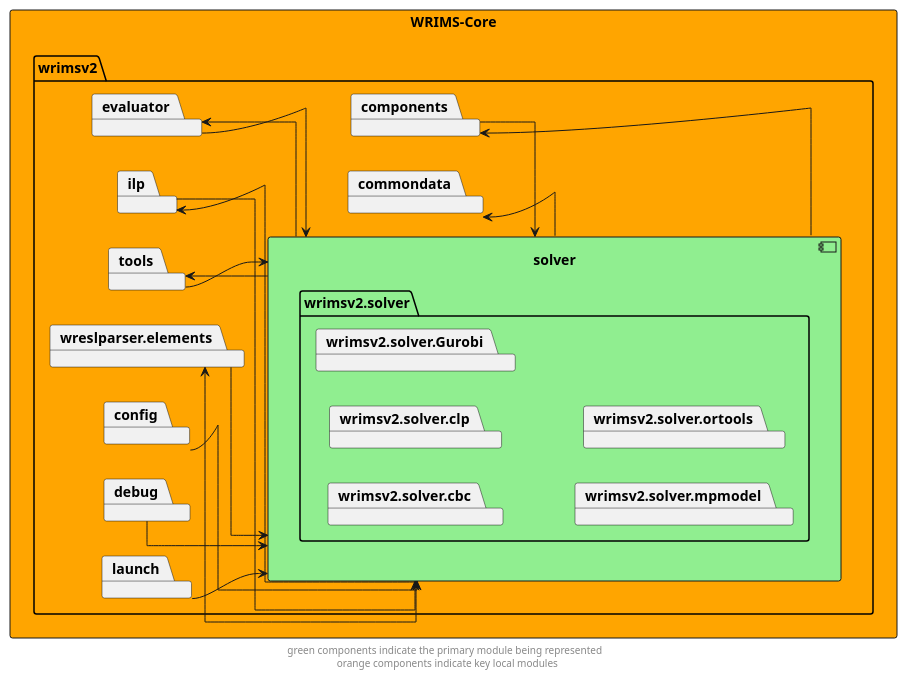
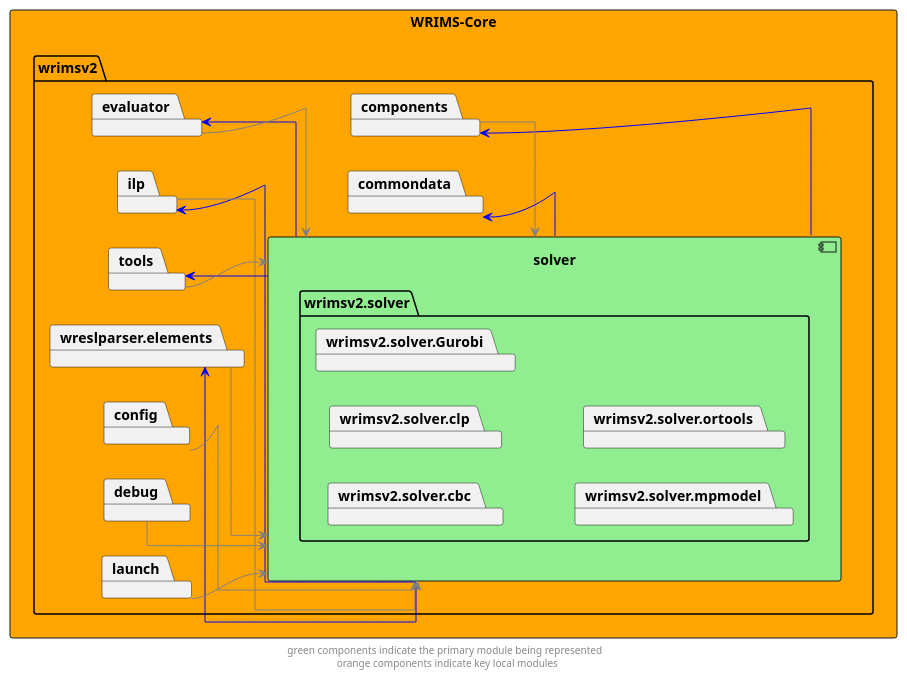
One commit to CentralValleyModeling/wrims changed the diagram in docs/diagrams/wrims-core/wrims-core_solver.puml. Above: the diagram before and after it, drawn with PlantUML. The commit also changed 28 other files, not shown here.

```diff
--- a/docs/diagrams/wrims-core/wrims-core_solver.puml
+++ b/docs/diagrams/wrims-core/wrims-core_solver.puml
@@ -1,54 +1,54 @@
 @startuml
 left to right direction
 skinparam linetype ortho
 
 rectangle wrims_core as "WRIMS-Core" #orange {
         package wrimsv2{
             package solver {
                 component solver #lightgreen {
                     package wrimsv2.solver{
                     package wrimsv2.solver.cbc
                     package wrimsv2.solver.clp
                     package wrimsv2.solver.Gurobi
                     package wrimsv2.solver.mpmodel
                     package wrimsv2.solver.ortools
                 }
             }
         }
         package commondata
         package components
         package evaluator
         package ilp
         package tools
         package wreslparser.elements
 
 
         package config
         package debug
 
         package launch
     }
 }
 
-solver -left->  components
-components -left-> solver
-solver -left->  evaluator
-evaluator --> solver
-solver -left->  ilp
-ilp --> solver
-solver -left->  tools
-tools --> solver
-solver -left->  wreslparser.elements
-wreslparser.elements --> solver
+solver -left->  components #blue
+components -left-> solver #grey
+solver -left->  evaluator #blue
+evaluator --> solver #grey
+solver -left->  ilp #blue
+ilp --> solver #grey
+solver -left->  tools #blue
+tools --> solver #grey
+solver -left->  wreslparser.elements #blue
+wreslparser.elements --> solver #grey
 
-solver -left->  commondata
+solver -left->  commondata #blue
 
-config --> solver
-debug --> solver
-launch --> solver
+config --> solver #grey
+debug --> solver #grey
+launch --> solver #grey
 
 ' The following relationships are hidden and used to format the diagram. They do not represent actual dependencies.
 'debug -r[hidden]-> evaluator
 
 footer "green components indicate the primary module being represented \n orange components indicate key local modules"
 @enduml
```
